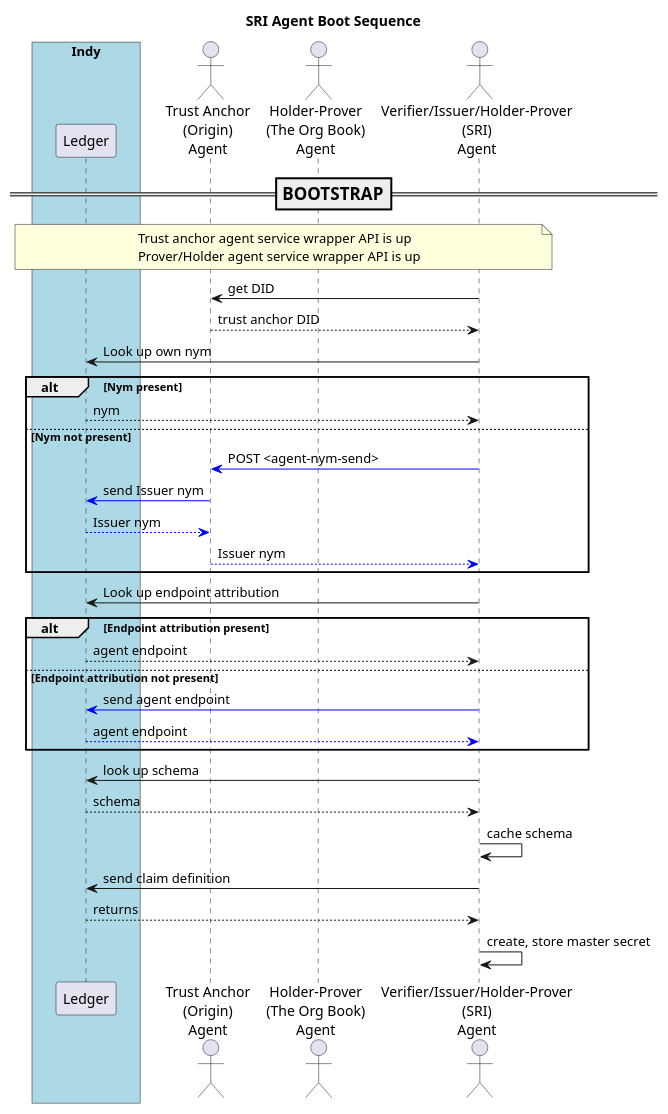
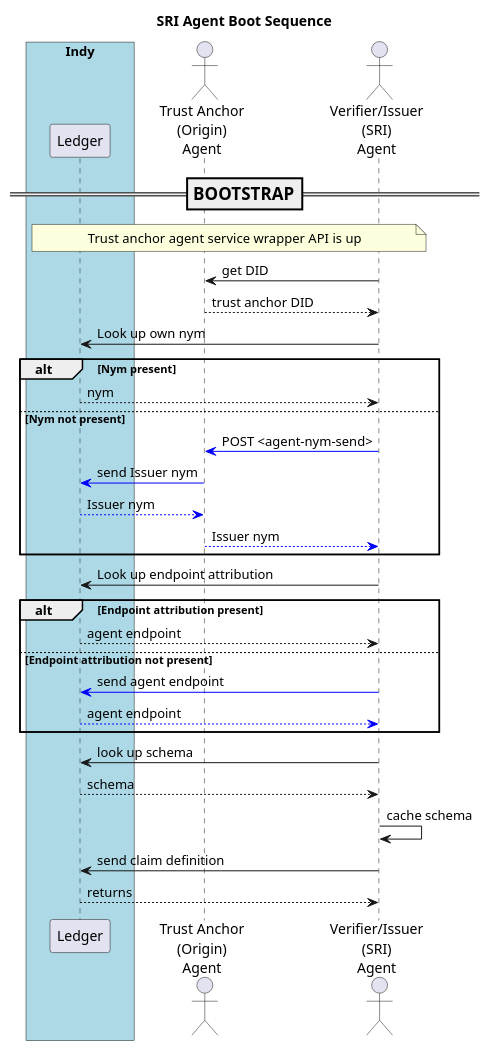
The diagram in doc/pic/src/boot.sag.puml (PSPC-SPAC-buyandsell/von_base), drawn with PlantUML before and after one commit. The commit also changed 14 other files, not shown here.

Commit message:
document launch of pspc org book agent from sri agent, code changes accordingly

```diff
--- a/doc/pic/src/boot.sag.puml
+++ b/doc/pic/src/boot.sag.puml
@@ -1,67 +1,63 @@
 @startuml
 /'
 Copyright 2017 Government of Canada - Public Services and Procurement Canada - buyandsell.gc.ca
 
 Licensed under the Apache License, Version 2.0 (the "License");
 you may not use this file except in compliance with the License.
 You may obtain a copy of the License at
 
 http://www.apache.org/licenses/LICENSE-2.0
 
 Unless required by applicable law or agreed to in writing, software
 distributed under the License is distributed on an "AS IS" BASIS,
 WITHOUT WARRANTIES OR CONDITIONS OF ANY KIND, either express or implied.
 See the License for the specific language governing permissions and
 limitations under the License.
 '/
 
 skinparam ParticipantPadding 20
 skinparam BaloxPadding 20
 
 title SRI Agent Boot Sequence
 
 
 box "Indy" #LightBlue
     participant "Ledger" as ledger
 endbox
 actor "Trust Anchor\n(Origin)\nAgent" as tag
-actor "Holder-Prover\n(The Org Book)\nAgent" as obag
-actor "Verifier/Issuer/Holder-Prover\n(SRI)\nAgent" as sag
+actor "Verifier/Issuer\n(SRI)\nAgent" as sag
 
 === BOOTSTRAP ==
 note over ledger, sag
 Trust anchor agent service wrapper API is up
-Prover/Holder agent service wrapper API is up
 endnote
 
 sag -> tag: get DID
 tag --> sag: trust anchor DID
 
 sag -> ledger: Look up own nym
 alt Nym present
     ledger --> sag: nym
 else Nym not present
     sag -[#blue]> tag: POST <agent-nym-send>
     tag -[#blue]> ledger: send Issuer nym
     ledger --[#blue]> tag: Issuer nym
     tag --[#blue]> sag: Issuer nym
 end
 
 sag -> ledger: Look up endpoint attribution
 alt Endpoint attribution present
     ledger --> sag: agent endpoint
 else Endpoint attribution not present
     sag -[#blue]> ledger: send agent endpoint
     ledger --[#blue]> sag: agent endpoint
 end
 
 sag -> ledger: look up schema
 ledger --> sag: schema
 sag -> sag: cache schema
 
 sag -> ledger: send claim definition
 ledger --> sag: returns
 
-sag -> sag: create, store master secret
-
 @enduml
```
